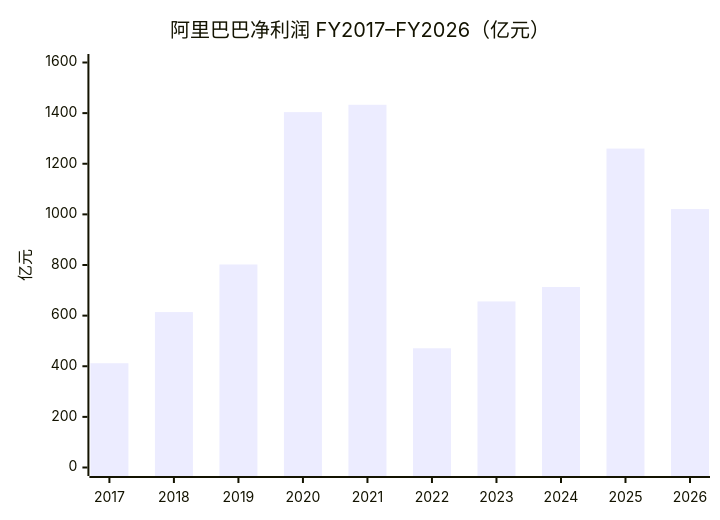
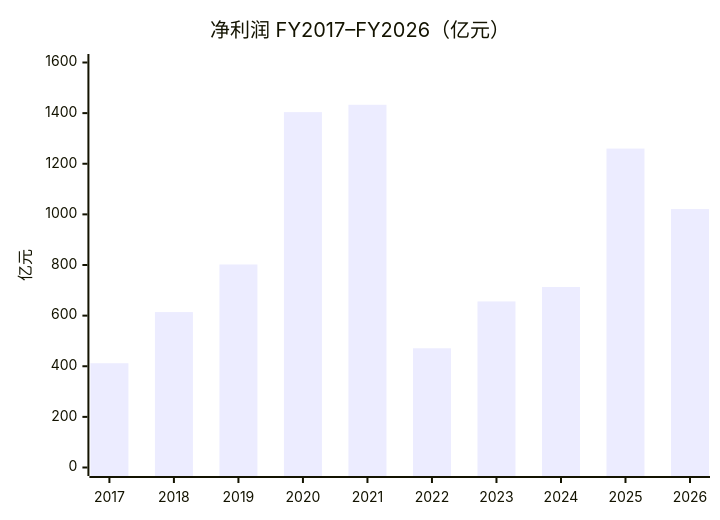
One commit to zengfancy/alibaba changed the second of 17 diagrams in 阿里巴巴-投研分析.md. Above: the diagram before and after it, drawn with Mermaid. The commit also changed other lines of this file and 13 other files, not shown here.

````diff
--- a/阿里巴巴-投研分析.md
+++ b/阿里巴巴-投研分析.md
@@ -40,7 +50,7 @@
 ```mermaid
 xychart-beta
-    title "阿里巴巴净利润 FY2017–FY2026（亿元）"
+    title "净利润 FY2017–FY2026（亿元）"
     x-axis [2017, 2018, 2019, 2020, 2021, 2022, 2023, 2024, 2025, 2026]
     y-axis "亿元" 0 --> 1600
     bar [412, 614, 802, 1404, 1433, 471, 656, 713, 1260, 1021]
 ```
````
